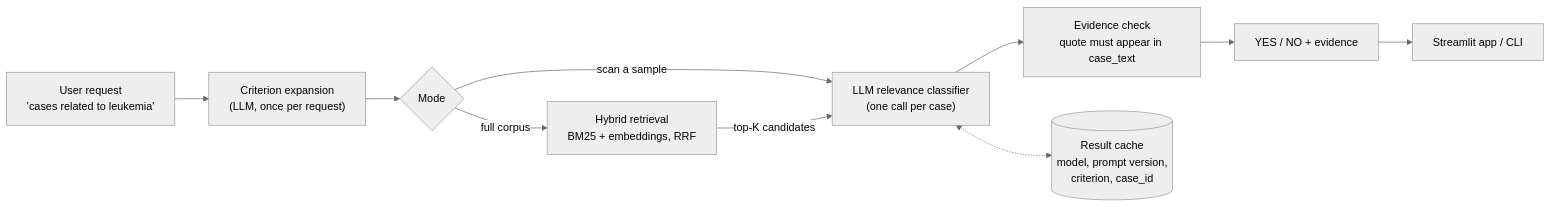
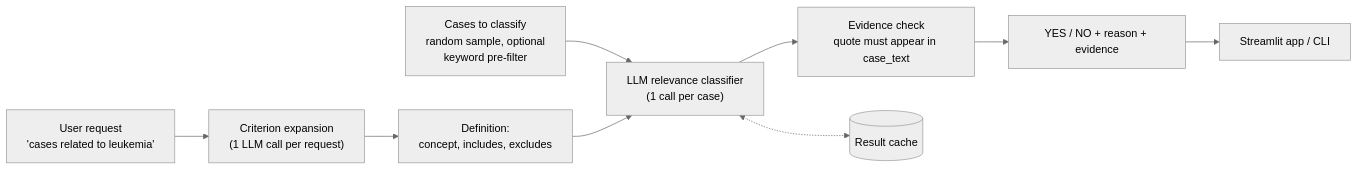
One commit to cheikhwade07/homework_phac changed the diagram in DESIGN.md. Above: the diagram before and after it, drawn with Mermaid (neutral theme). The commit also changed other lines of this file and 1 other file, not shown here.

````diff
--- a/DESIGN.md
+++ b/DESIGN.md
@@ -9,12 +9,11 @@
 ```mermaid
 flowchart LR
-    U["User request<br/>'cases related to leukemia'"] --> X["Criterion expansion<br/>(LLM, once per request)"]
-    X --> M{Mode}
-    M -->|"scan a sample"| C
-    M -->|"full corpus"| R["Hybrid retrieval<br/>BM25 + embeddings, RRF"]
-    R -->|"top-K candidates"| C["LLM relevance classifier<br/>(one call per case)"]
+    U["User request<br/>'cases related to leukemia'"] --> X["Criterion expansion<br/>(1 LLM call per request)"]
+    X --> D["Definition:<br/>concept, includes, excludes"]
+    S["Cases to classify<br/>random sample, optional<br/>keyword pre-filter"] --> C
+    D --> C["LLM relevance classifier<br/>(1 call per case)"]
     C --> V["Evidence check<br/>quote must appear in case_text"]
-    V --> O["YES / NO + evidence"]
+    V --> O["YES / NO + reason + evidence"]
     O --> UI["Streamlit app / CLI"]
-    C <-.-> K[("Result cache<br/>model, prompt version,<br/>criterion, case_id")]
+    C <-.-> K[("Result cache")]
 ```
````
